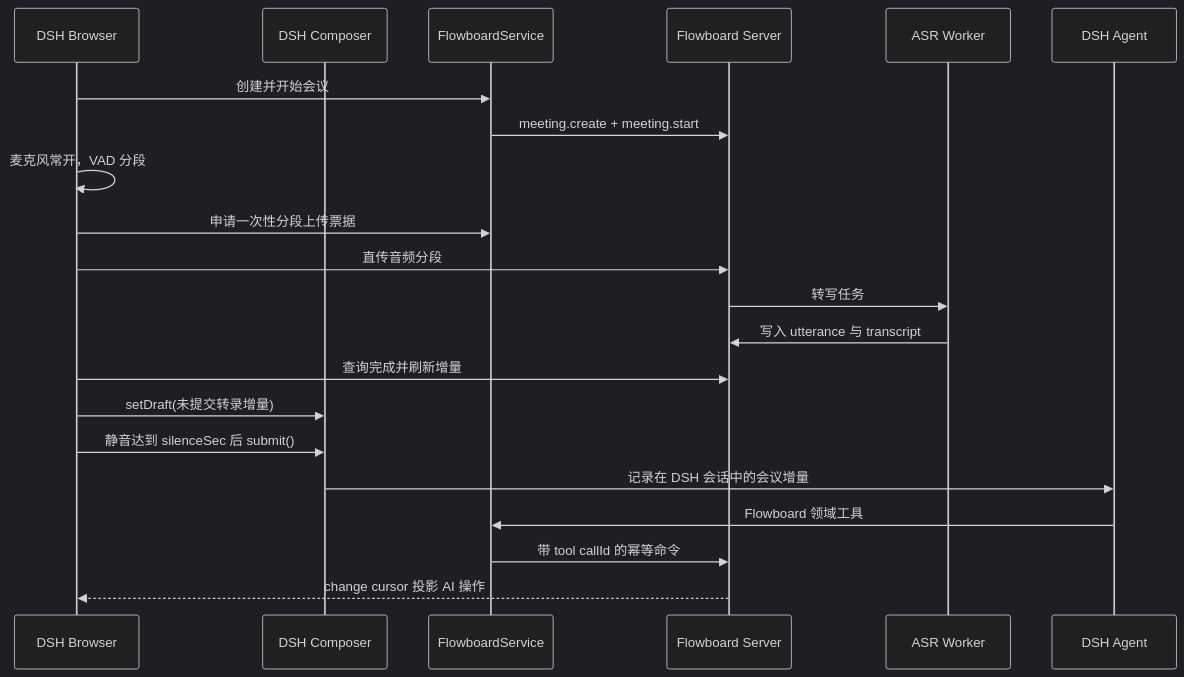
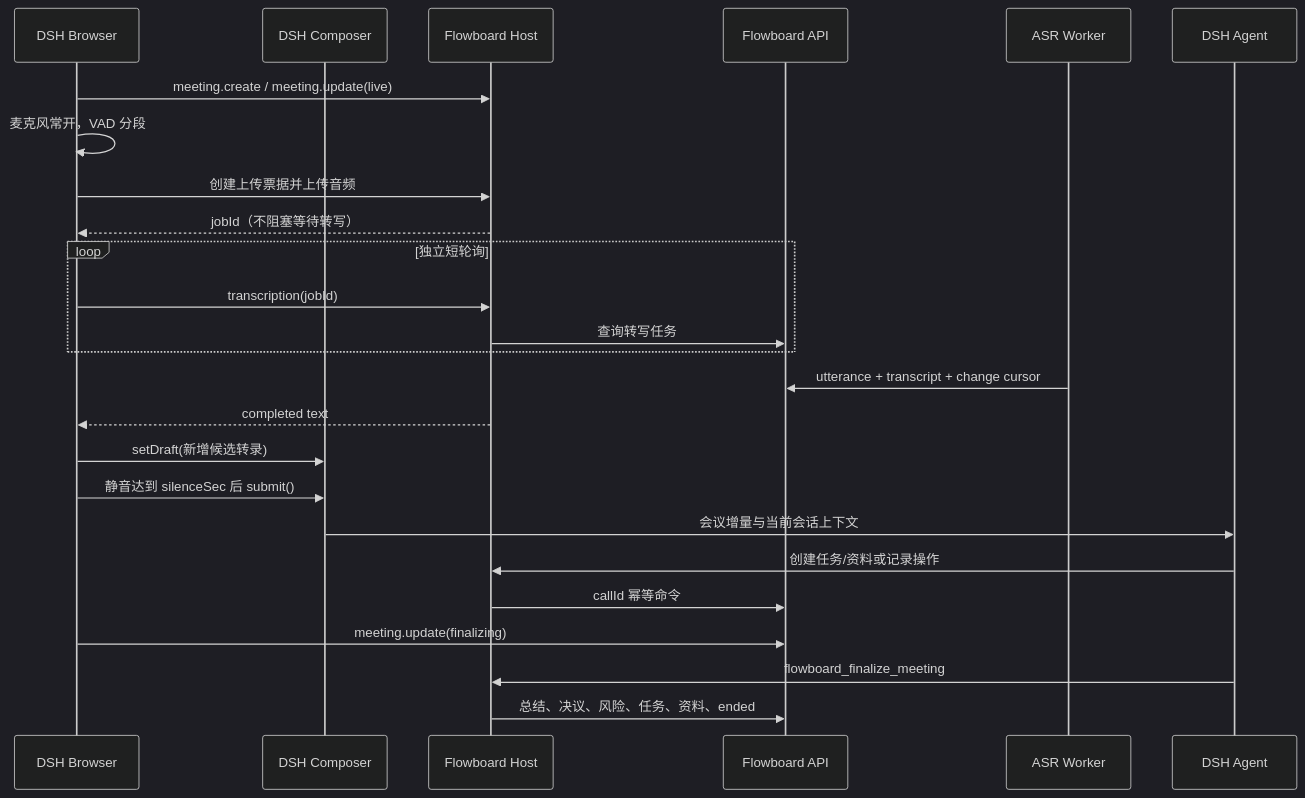
The second of 2 diagrams in docs/dev/flowboard-workspace-ai-refactor.md (Untidy-cocoabutter173/Flowboard), drawn with Mermaid (dark theme) before and after one commit. The commit also changed other lines of this file and 59 other files, not shown here.

Commit message:
refactor: embed Flowboard workspace runtime

````diff
--- a/docs/dev/flowboard-workspace-ai-refactor.md
+++ b/docs/dev/flowboard-workspace-ai-refactor.md
@@ -46,24 +161,28 @@
 ```mermaid
 sequenceDiagram
   participant Browser as DSH Browser
-  participant Input as DSH Composer
-  participant Host as FlowboardService
-  participant API as Flowboard Server
+  participant Composer as DSH Composer
+  participant Host as Flowboard Host
+  participant API as Flowboard API
   participant Worker as ASR Worker
   participant AI as DSH Agent
 
-  Browser->>Host: 创建并开始会议
-  Host->>API: meeting.create + meeting.start
+  Browser->>Host: meeting.create / meeting.update(live)
   Browser->>Browser: 麦克风常开，VAD 分段
-  Browser->>Host: 申请一次性分段上传票据
-  Browser->>API: 直传音频分段
-  API->>Worker: 转写任务
-  Worker->>API: 写入 utterance 与 transcript
-  Browser->>API: 查询完成并刷新增量
-  Browser->>Input: setDraft(未提交转录增量)
-  Browser->>Input: 静音达到 silenceSec 后 submit()
-  Input->>AI: 记录在 DSH 会话中的会议增量
-  AI->>Host: Flowboard 领域工具
-  Host->>API: 带 tool callId 的幂等命令
-  API-->>Browser: change cursor 投影 AI 操作
+  Browser->>Host: 创建上传票据并上传音频
+  Host-->>Browser: jobId（不阻塞等待转写）
+  loop 独立短轮询
+    Browser->>Host: transcription(jobId)
+    Host->>API: 查询转写任务
+  end
+  Worker->>API: utterance + transcript + change cursor
+  Host-->>Browser: completed text
+  Browser->>Composer: setDraft(新增候选转录)
+  Browser->>Composer: 静音达到 silenceSec 后 submit()
+  Composer->>AI: 会议增量与当前会话上下文
+  AI->>Host: 创建任务/资料或记录操作
+  Host->>API: callId 幂等命令
+  Browser->>API: meeting.update(finalizing)
+  AI->>Host: flowboard_finalize_meeting
+  Host->>API: 总结、决议、风险、任务、资料、ended
 ```
````
